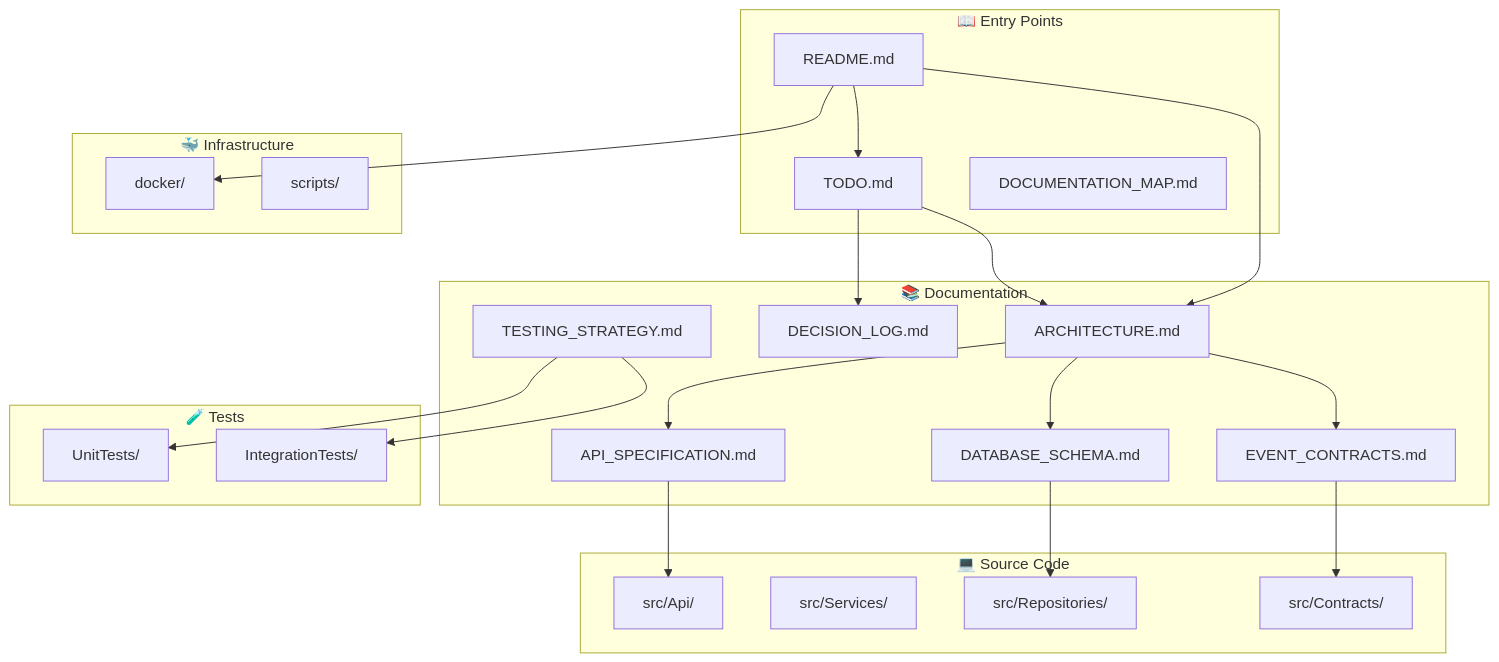
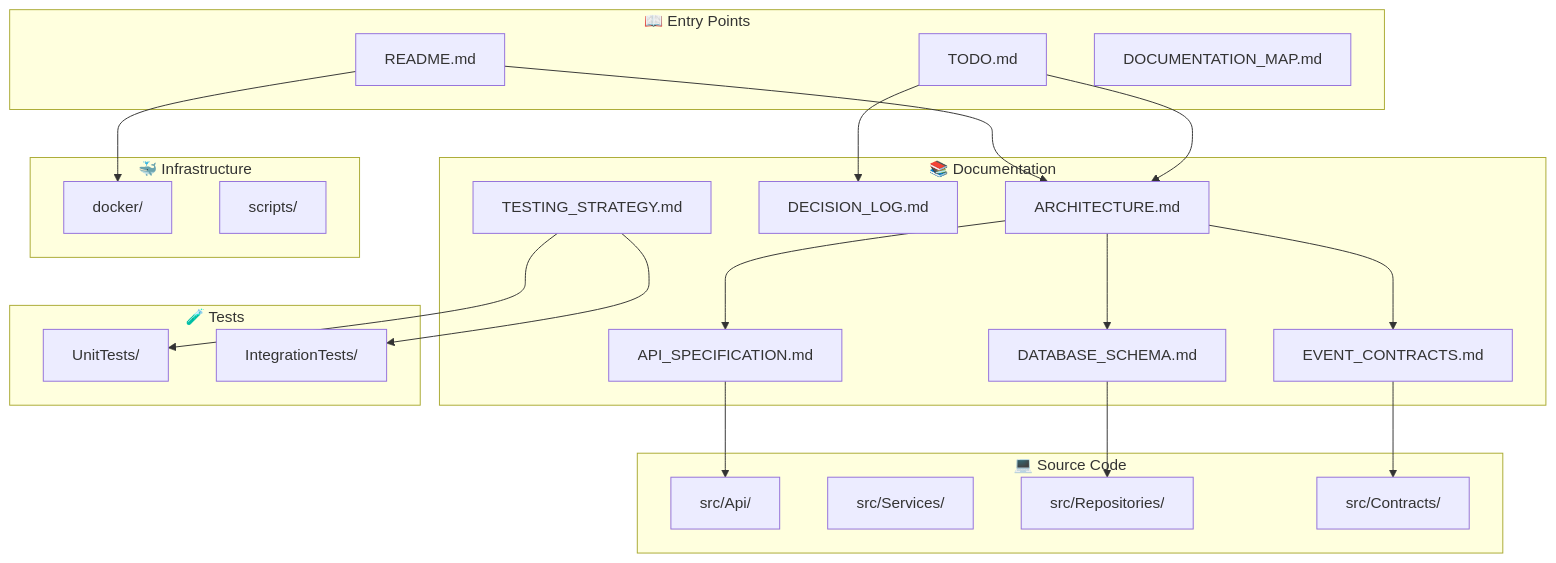
The diagram in DOCUMENTATION_MAP.md (neslihko/volue-forecast-service), drawn with Mermaid before and after one commit. The commit also changed other lines of this file, not shown here.

````diff
--- a/DOCUMENTATION_MAP.md
+++ b/DOCUMENTATION_MAP.md
@@ -225,52 +221,51 @@
 ```mermaid
 graph TB
     subgraph Entry["📖 Entry Points"]
         README[README.md]
         TODO[TODO.md]
         MAP[DOCUMENTATION_MAP.md]
     end
 
     subgraph Docs["📚 Documentation"]
         ARCH[ARCHITECTURE.md]
         DECISION[DECISION_LOG.md]
         API_SPEC[API_SPECIFICATION.md]
         DB_SCHEMA[DATABASE_SCHEMA.md]
         EVENTS[EVENT_CONTRACTS.md]
         TESTING[TESTING_STRATEGY.md]
     end
 
     subgraph Source["💻 Source Code"]
         SRC_API[src/Api/]
         SRC_SVC[src/Services/]
         SRC_REPO[src/Repositories/]
         SRC_CTR[src/Contracts/]
     end
 
     subgraph Tests["🧪 Tests"]
         UNIT[UnitTests/]
         INTEG[IntegrationTests/]
     end
 
     subgraph Infra["🐳 Infrastructure"]
         DOCKER[docker/]
         SCRIPTS[scripts/]
     end
 
     README --> ARCH
-    README --> TODO
     README --> DOCKER
     
     TODO --> ARCH
     TODO --> DECISION
     
     ARCH --> DB_SCHEMA
     ARCH --> API_SPEC
     ARCH --> EVENTS
     
     API_SPEC --> SRC_API
     DB_SCHEMA --> SRC_REPO
     EVENTS --> SRC_CTR
     
     TESTING --> UNIT
     TESTING --> INTEG
 ```
````
